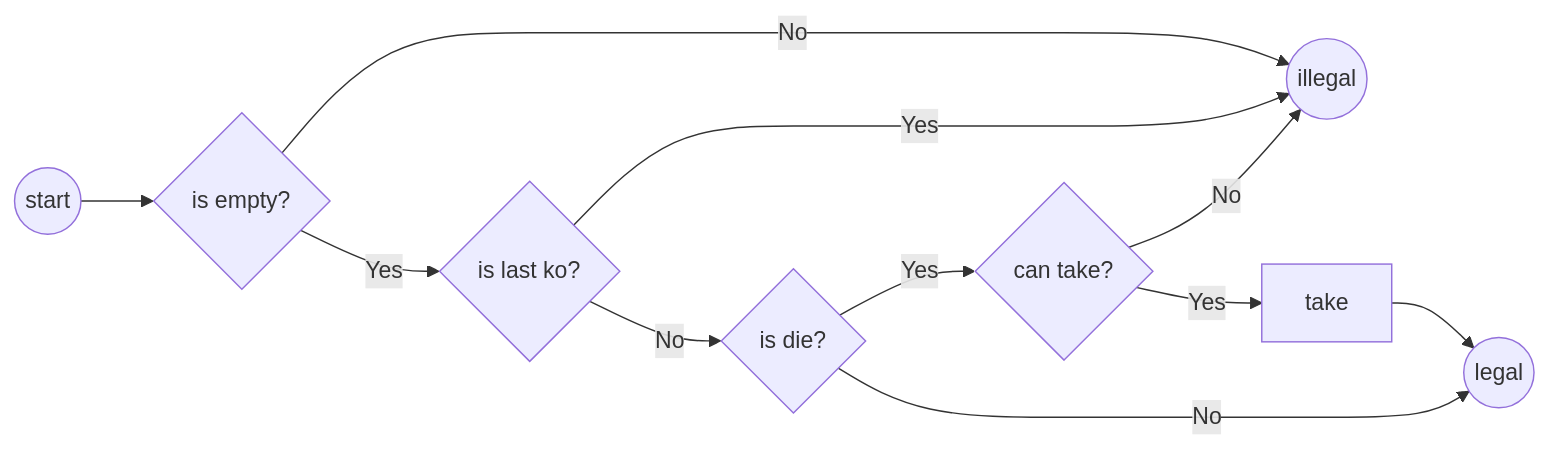
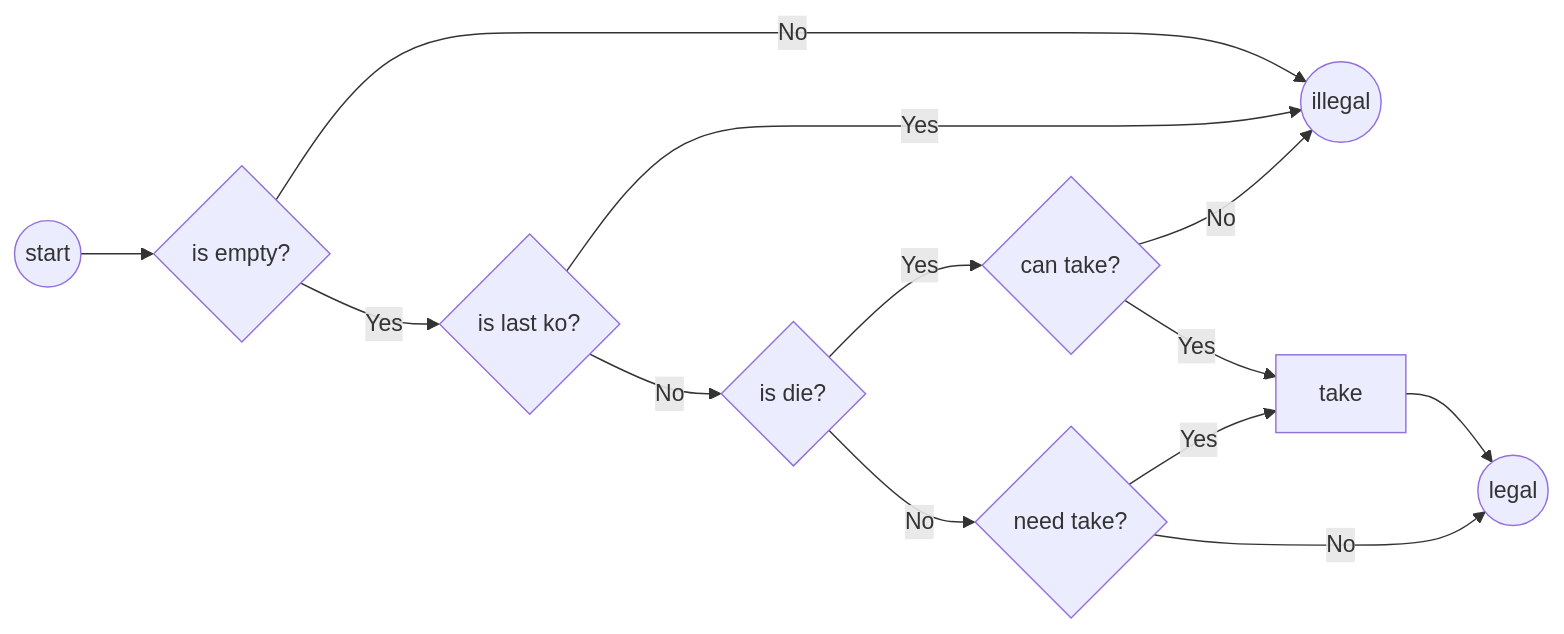
One commit to mapleque/jjyygo changed the second of 2 diagrams in README.md. Above: the diagram before and after it, drawn with Mermaid. The commit also changed other lines of this file, not shown here.

Commit message:
docs: merge flow

````diff
--- a/README.md
+++ b/README.md
@@ -35,13 +24,15 @@
 ```mermaid
 flowchart LR
 S((start))--> isEmpty{is empty?}
 isEmpty --> |No| Illegal((illegal))
 isEmpty --> |Yes| isLastKo{is last ko?}
 isLastKo --> |Yes| Illegal
 isLastKo --> |No| isDie{is die?}
 isDie --> |Yes| canTake{can take?}
 canTake --> |No| Illegal
 canTake --> |Yes| take[take]
-take --> legal
-isDie --> |No| legal((legal))
+take --> legal((legal))
+isDie --> |No| needTake{need take?}
+needTake --> |Yes| take
+needTake --> |No| legal
 ```
````
